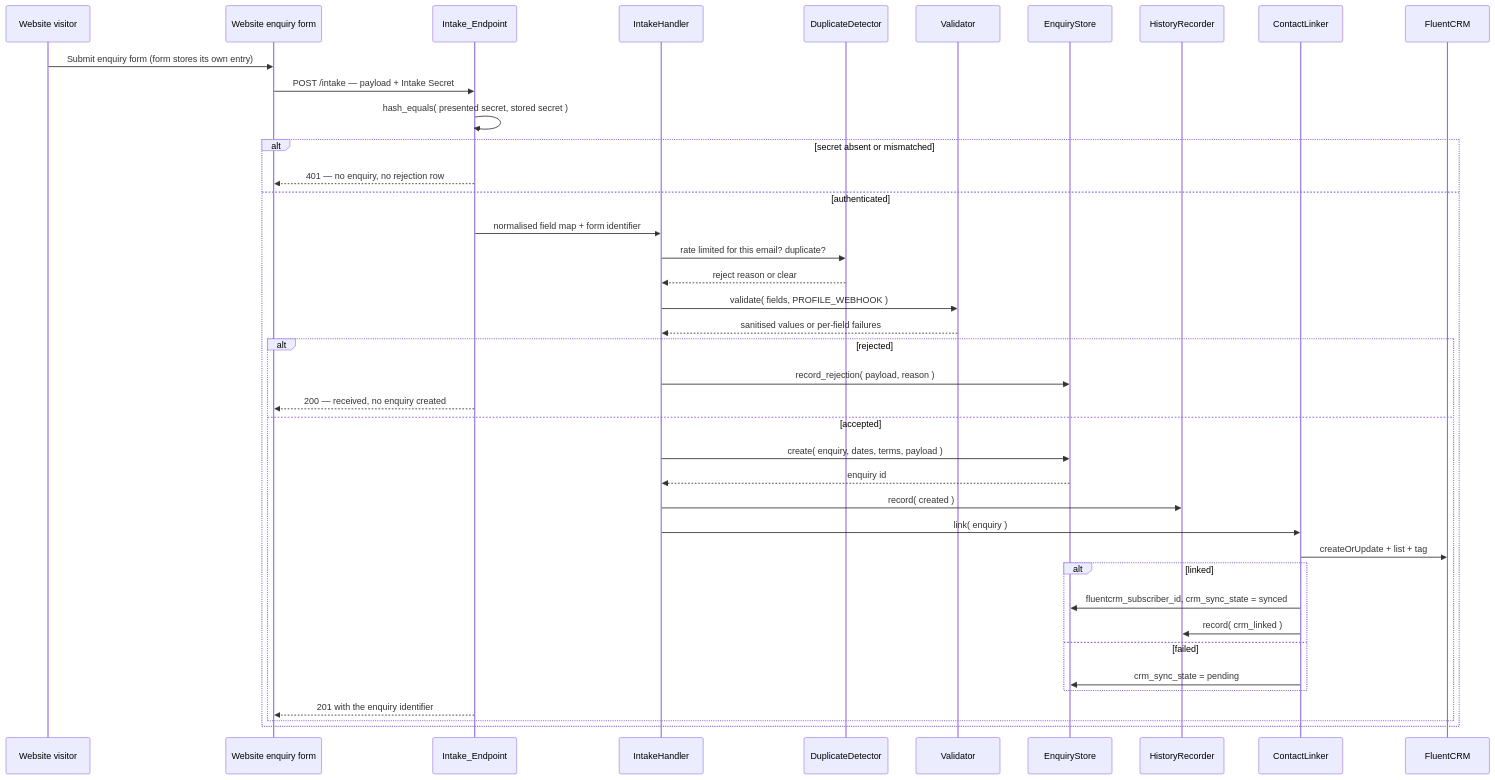
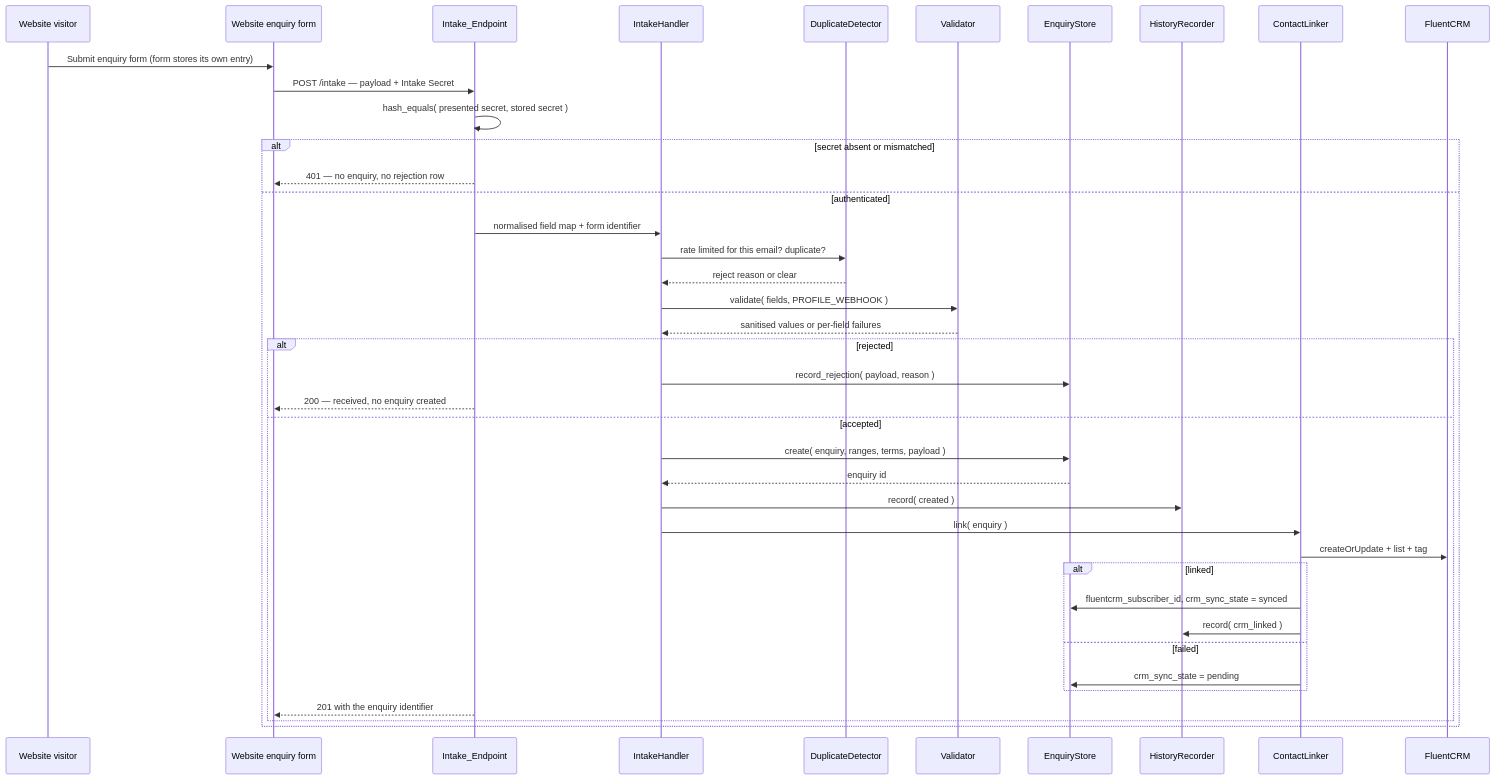
Before and after one commit to sevacloud/marthrown-enquiry-hub: the first of 2 diagrams in .kiro/specs/enquiry-data-layer/design.md, drawn with Mermaid. The commit also changed other lines of this file and 3 other files, not shown here.

````diff
--- a/.kiro/specs/enquiry-data-layer/design.md
+++ b/.kiro/specs/enquiry-data-layer/design.md
@@ -78,43 +78,43 @@
 ```mermaid
 sequenceDiagram
     participant V as Website visitor
     participant W as Website enquiry form
     participant E as Intake_Endpoint
     participant I as IntakeHandler
     participant D as DuplicateDetector
     participant Val as Validator
     participant S as EnquiryStore
     participant H as HistoryRecorder
     participant C as ContactLinker
     participant F as FluentCRM
 
     V->>W: Submit enquiry form (form stores its own entry)
     W->>E: POST /intake — payload + Intake Secret
     E->>E: hash_equals( presented secret, stored secret )
     alt secret absent or mismatched
         E-->>W: 401 — no enquiry, no rejection row
     else authenticated
         E->>I: normalised field map + form identifier
         I->>D: rate limited for this email? duplicate?
         D-->>I: reject reason or clear
         I->>Val: validate( fields, PROFILE_WEBHOOK )
         Val-->>I: sanitised values or per-field failures
         alt rejected
             I->>S: record_rejection( payload, reason )
             E-->>W: 200 — received, no enquiry created
         else accepted
-            I->>S: create( enquiry, dates, terms, payload )
+            I->>S: create( enquiry, ranges, terms, payload )
             S-->>I: enquiry id
             I->>H: record( created )
             I->>C: link( enquiry )
             C->>F: createOrUpdate + list + tag
             alt linked
                 C->>S: fluentcrm_subscriber_id, crm_sync_state = synced
                 C->>H: record( crm_linked )
             else failed
                 C->>S: crm_sync_state = pending
             end
             E-->>W: 201 with the enquiry identifier
         end
     end
 ```
````
